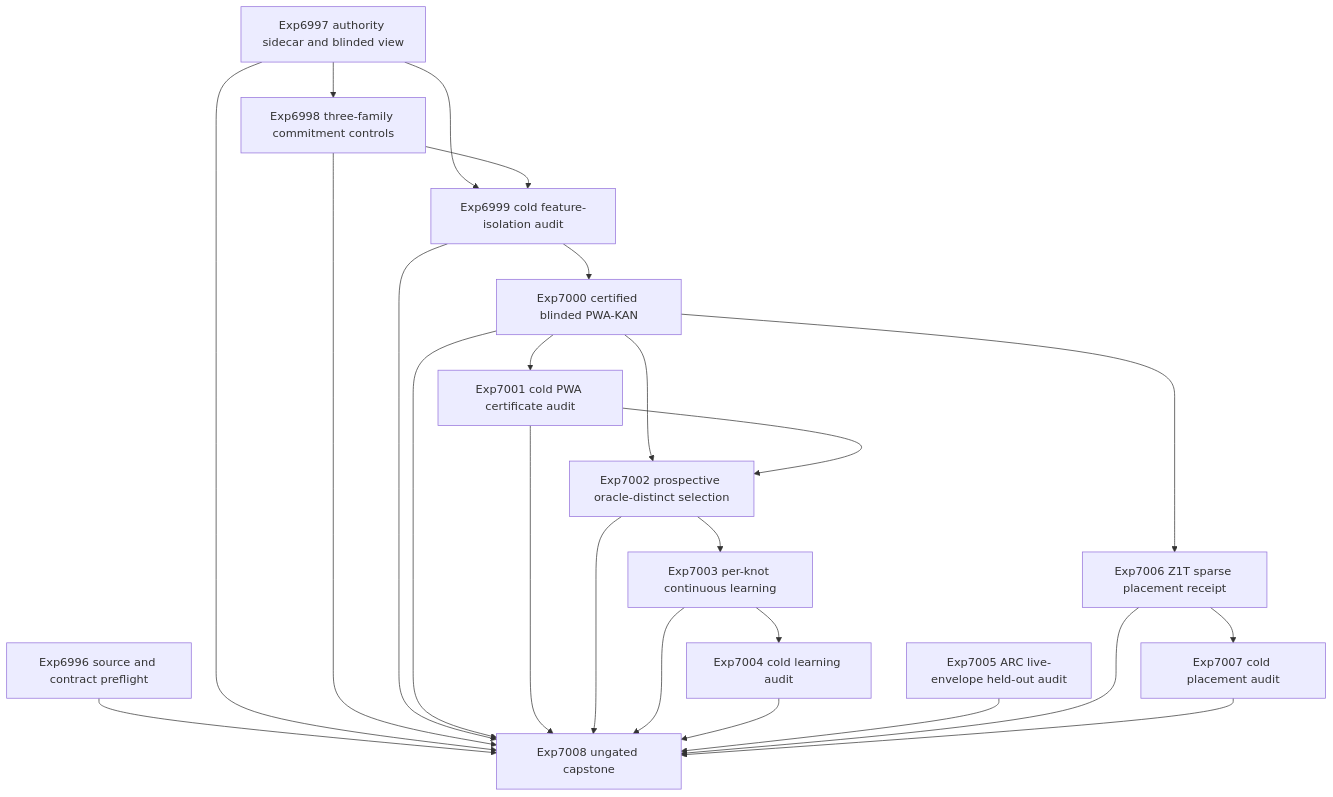
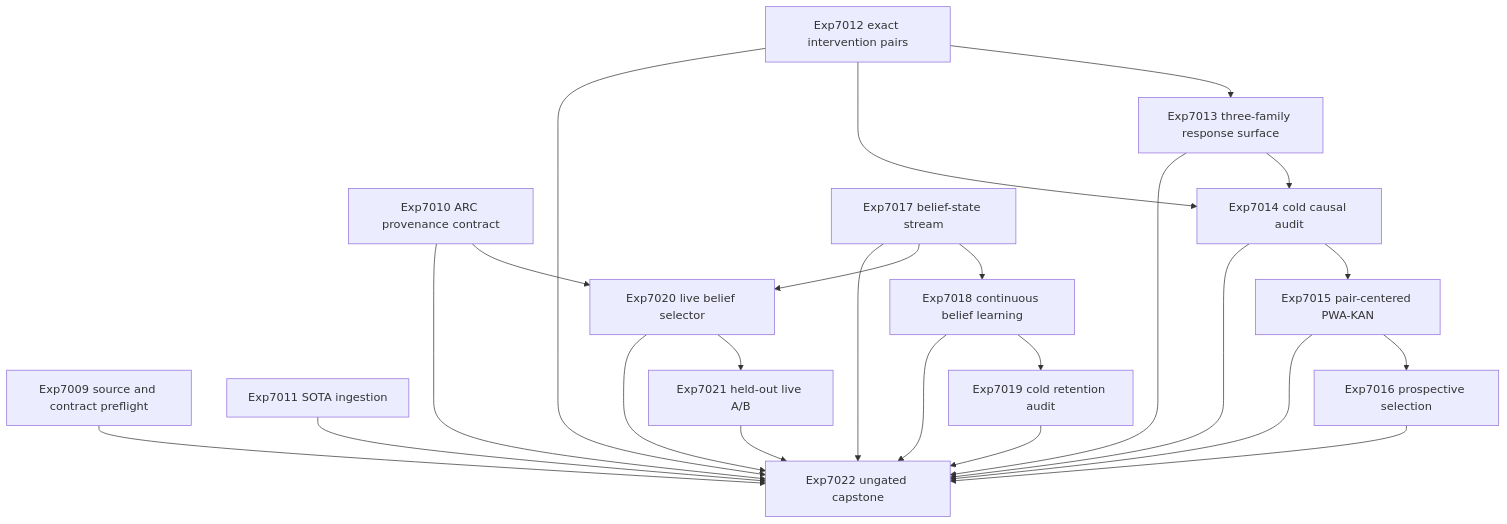
The diagram in openspec/change-proposals/research-roadmap-vNEXT.md (Carnot-EBM/carnot-ebm), drawn with Mermaid before and after one commit. The commit also changed other lines of this file and 10 other files, not shown here.

````diff
--- a/openspec/change-proposals/research-roadmap-vNEXT.md
+++ b/openspec/change-proposals/research-roadmap-vNEXT.md
@@ -94,40 +122,43 @@
 ```mermaid
 flowchart TD
-    A[Exp6996 source and contract preflight]
-    B[Exp6997 authority sidecar and blinded view]
-    C[Exp6998 three-family commitment controls]
-    D[Exp6999 cold feature-isolation audit]
-    E[Exp7000 certified blinded PWA-KAN]
-    F[Exp7001 cold PWA certificate audit]
-    G[Exp7002 prospective oracle-distinct selection]
-    H[Exp7003 per-knot continuous learning]
-    I[Exp7004 cold learning audit]
-    J[Exp7005 ARC live-envelope held-out audit]
-    K[Exp7006 Z1T sparse placement receipt]
-    L[Exp7007 cold placement audit]
-    M[Exp7008 ungated capstone]
+    A[Exp7009 source and contract preflight]
+    B[Exp7010 ARC provenance contract]
+    C[Exp7011 SOTA ingestion]
+    D[Exp7012 exact intervention pairs]
+    E[Exp7013 three-family response surface]
+    F[Exp7014 cold causal audit]
+    G[Exp7015 pair-centered PWA-KAN]
+    H[Exp7016 prospective selection]
+    I[Exp7017 belief-state stream]
+    J[Exp7018 continuous belief learning]
+    K[Exp7019 cold retention audit]
+    L[Exp7020 live belief selector]
+    M[Exp7021 held-out live A/B]
+    N[Exp7022 ungated capstone]
 
-    B --> C
-    B --> D
-    C --> D
     D --> E
+    D --> F
     E --> F
-    E --> G
     F --> G
     G --> H
-    H --> I
-    E --> K
-    K --> L
-    A --> M
-    B --> M
-    C --> M
-    D --> M
-    E --> M
-    F --> M
-    G --> M
-    H --> M
-    I --> M
-    J --> M
-    K --> M
+
+    I --> J
+    J --> K
+    B --> L
+    I --> L
     L --> M
+
+    A --> N
+    B --> N
+    C --> N
+    D --> N
+    E --> N
+    F --> N
+    G --> N
+    H --> N
+    I --> N
+    J --> N
+    K --> N
+    L --> N
+    M --> N
 ```
````
